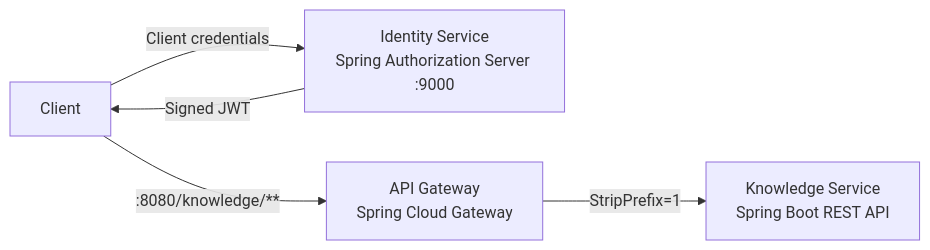
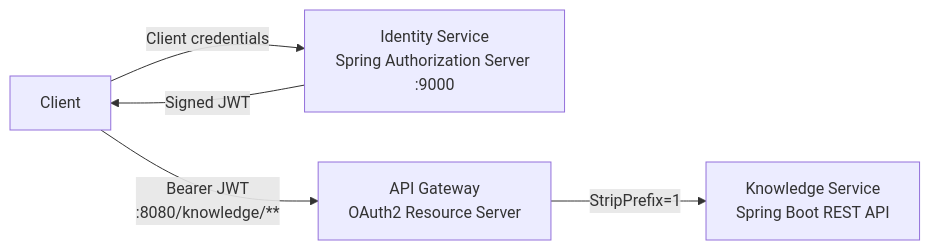
The diagram in README.md (dkghosh2019/enterprise-ai-knowledge-platform), drawn with Mermaid before and after one commit. The commit also changed other lines of this file and 8 other files, not shown here.

Commit message:
feat: secure gateway with JWT validation

````diff
--- a/README.md
+++ b/README.md
@@ -22,7 +23,7 @@
 ```mermaid
 flowchart LR
     Client -->|"Client credentials"| Identity["Identity Service<br/>Spring Authorization Server :9000"]
     Identity -->|"Signed JWT"| Client
-    Client -->|":8080/knowledge/**"| Gateway["API Gateway<br/>Spring Cloud Gateway"]
+    Client -->|"Bearer JWT<br/>:8080/knowledge/**"| Gateway["API Gateway<br/>OAuth2 Resource Server"]
     Gateway -->|"StripPrefix=1"| Knowledge["Knowledge Service<br/>Spring Boot REST API"]
 ```
````
